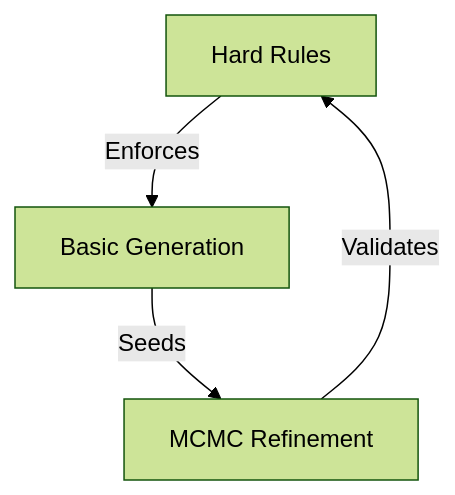
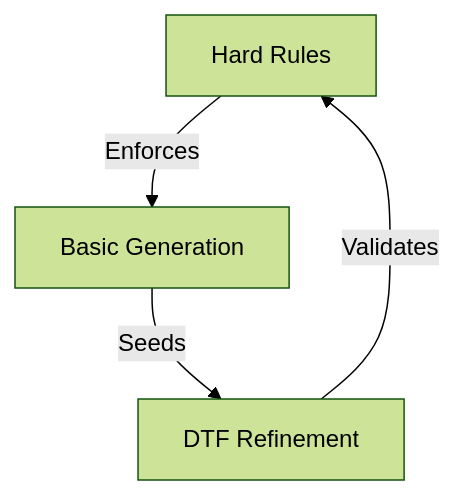
The first of 2 diagrams in README.md (marketagents-ai/MarketPersonas), drawn with Mermaid (forest theme) before and after one commit. The commit also changed other lines of this file, not shown here.

````diff
--- a/README.md
+++ b/README.md
@@ -15,6 +17,6 @@
 ```mermaid
 graph TD
     A[Hard Rules] -->|Enforces| B[Basic Generation]
-    B -->|Seeds| C[MCMC Refinement]
+    B -->|Seeds| C[DTF Refinement]
     C -->|Validates| A
 ```
````
